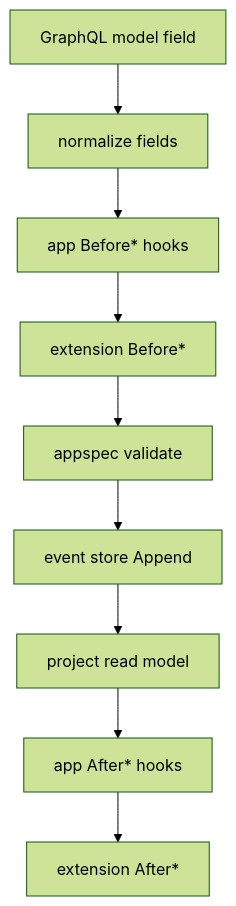
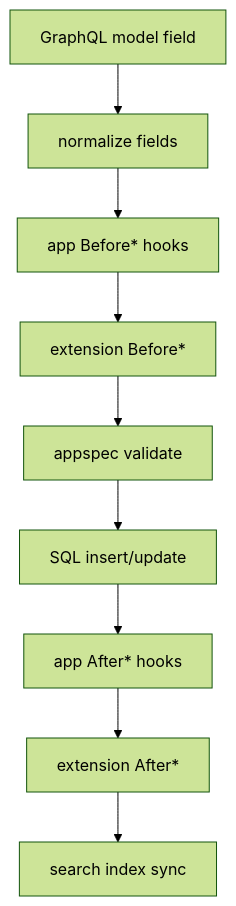
Before and after one commit to xerxesar/kaizengo: the second of 3 diagrams in docs/internals/index.md, drawn with Mermaid (forest theme). The commit also changed other lines of this file and 63 other files, not shown here.

````diff
--- a/docs/internals/index.md
+++ b/docs/internals/index.md
@@ -150,11 +156,11 @@
 ```mermaid
 flowchart TD
   GQL[GraphQL model field] --> Norm[normalize fields]
   Norm --> AppBefore[app Before* hooks]
   AppBefore --> ExtBefore[extension Before*]
   ExtBefore --> Val[appspec validate]
-  Val --> Append[event store Append]
-  Append --> Proj[project read model]
-  Proj --> AppAfter[app After* hooks]
+  Val --> Write[SQL insert/update]
+  Write --> AppAfter[app After* hooks]
   AppAfter --> ExtAfter[extension After*]
+  ExtAfter --> Search[search index sync]
 ```
````
